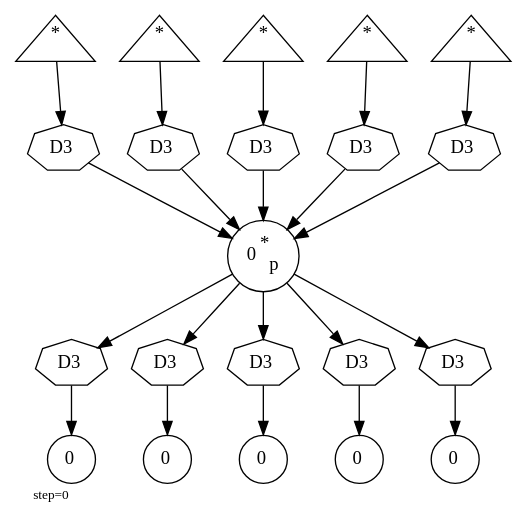
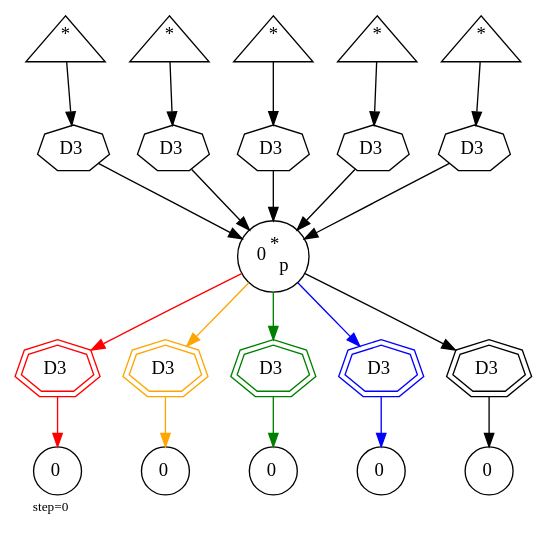
One commit to abarbu/machinations changed the diagram in ours/101-objects/0013.dot. Above: the diagram before and after it, drawn with Graphviz. The commit also changed 191 other files, not shown here.

```diff
--- a/ours/101-objects/0013.dot
+++ b/ours/101-objects/0013.dot
@@ -1,44 +1,44 @@
 digraph {
   graph  [labelloc=bottom,labeljust=left,fontsize="10",label="step=0"];
   "96" [shape=triangle,peripheries="1",label=<<SUP>*</SUP>>,labelfontcolor=black,color=black];
   "97" [shape=triangle,peripheries="1",label=<<SUP>*</SUP>>,labelfontcolor=black,color=black];
   "98" [shape=triangle,peripheries="1",label=<<SUP>*</SUP>>,labelfontcolor=black,color=black];
   "99" [shape=triangle,peripheries="1",label=<<SUP>*</SUP>>,labelfontcolor=black,color=black];
   "100" [shape=triangle,peripheries="1",label=<<SUP>*</SUP>>,labelfontcolor=black,color=black];
   "101" [shape=circle,peripheries="1",label=<0<SUP>*</SUP><SUB>p</SUB>>,labelfontcolor=black,color=black];
   "102" [shape=circle,peripheries="1",label=<0>,labelfontcolor=black,color=black];
   "103" [shape=circle,peripheries="1",label=<0>,labelfontcolor=black,color=black];
   "104" [shape=circle,peripheries="1",label=<0>,labelfontcolor=black,color=black];
   "105" [shape=circle,peripheries="1",label=<0>,labelfontcolor=black,color=black];
   "106" [shape=circle,peripheries="1",label=<0>,labelfontcolor=black,color=black];
   "107" [label=<D3>,peripheries="1",color=black,shape=septagon];
   "96" -> "107" [color=black];
   "107" -> "101" [color=black];
   "108" [label=<D3>,peripheries="1",color=black,shape=septagon];
   "97" -> "108" [color=black];
   "108" -> "101" [color=black];
   "109" [label=<D3>,peripheries="1",color=black,shape=septagon];
   "98" -> "109" [color=black];
   "109" -> "101" [color=black];
   "110" [label=<D3>,peripheries="1",color=black,shape=septagon];
   "99" -> "110" [color=black];
   "110" -> "101" [color=black];
   "111" [label=<D3>,peripheries="1",color=black,shape=septagon];
   "100" -> "111" [color=black];
   "111" -> "101" [color=black];
-  "112" [label=<D3>,peripheries="1",color=black,shape=septagon];
-  "101" -> "112" [color=black];
-  "112" -> "102" [color=black];
-  "113" [label=<D3>,peripheries="1",color=black,shape=septagon];
-  "101" -> "113" [color=black];
-  "113" -> "103" [color=black];
-  "114" [label=<D3>,peripheries="1",color=black,shape=septagon];
-  "101" -> "114" [color=black];
-  "114" -> "104" [color=black];
-  "115" [label=<D3>,peripheries="1",color=black,shape=septagon];
-  "101" -> "115" [color=black];
-  "115" -> "105" [color=black];
-  "116" [label=<D3>,peripheries="1",color=black,shape=septagon];
-  "101" -> "116" [color=black];
-  "116" -> "106" [color=black];
+  "112" [label=<D3>,peripheries="2",color=Red,shape=septagon];
+  "101" -> "112" [color=Red];
+  "112" -> "102" [color=Red];
+  "113" [label=<D3>,peripheries="2",color=Orange,shape=septagon];
+  "101" -> "113" [color=Orange];
+  "113" -> "103" [color=Orange];
+  "114" [label=<D3>,peripheries="2",color=Green,shape=septagon];
+  "101" -> "114" [color=Green];
+  "114" -> "104" [color=Green];
+  "115" [label=<D3>,peripheries="2",color=Blue,shape=septagon];
+  "101" -> "115" [color=Blue];
+  "115" -> "105" [color=Blue];
+  "116" [label=<D3>,peripheries="2",color=Black,shape=septagon];
+  "101" -> "116" [color=Black];
+  "116" -> "106" [color=Black];
 }
```
